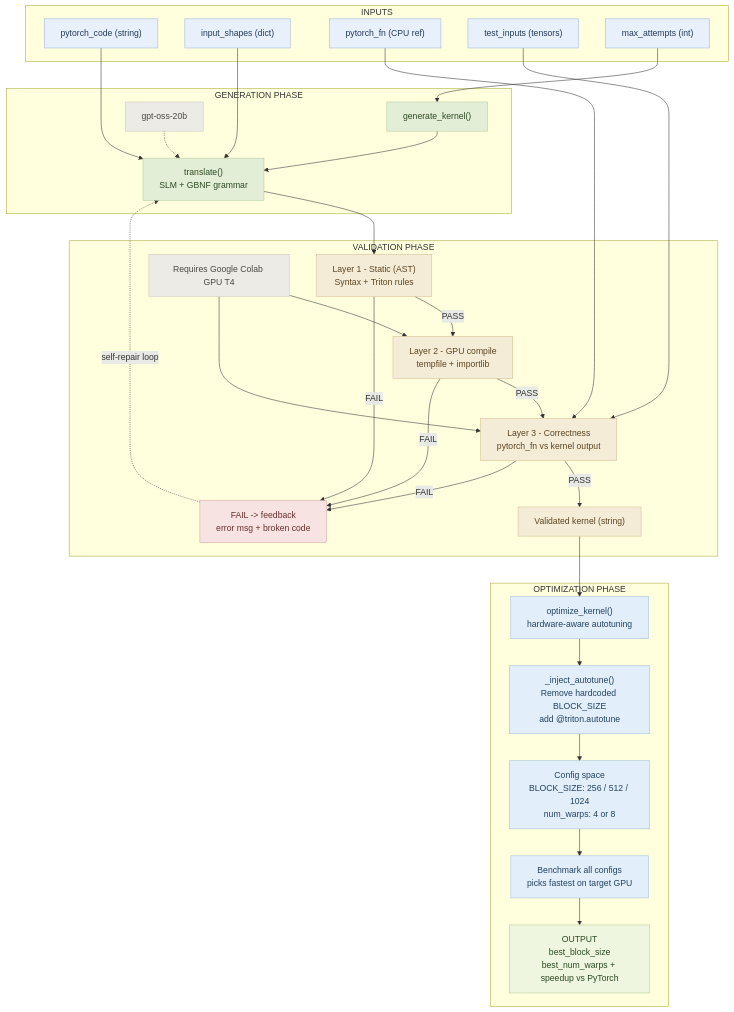
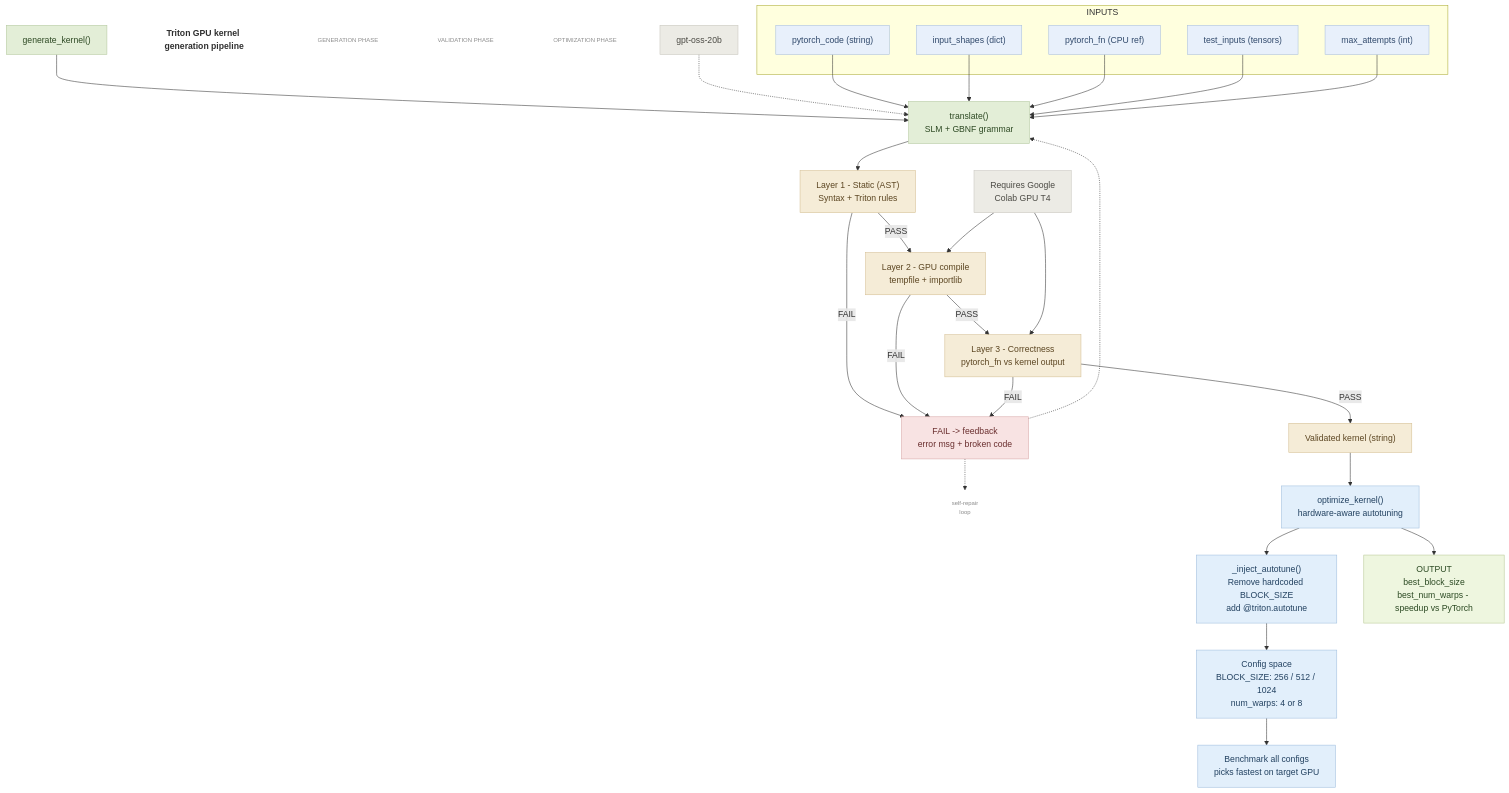
One commit to casrhub/llm-gpu-kernel-generation changed the diagram in README.md. Above: the diagram before and after it, drawn with Mermaid.

Commit message:
docs: align Mermaid connections with reference pipeline

````diff
--- a/README.md
+++ b/README.md
@@ -62,5 +62,7 @@
 ```mermaid
 graph TD
+  TITLE["Triton GPU kernel generation pipeline"]
+
   subgraph IN[INPUTS]
     I1["pytorch_code (string)"]
     I2["input_shapes (dict)"]
@@ -69,58 +71,66 @@
     I5["max_attempts (int)"]
   end
 
-  subgraph GP[GENERATION PHASE]
-    GK["generate_kernel()"]
-    M["gpt-oss-20b"]
-    T["translate()<br/>SLM + GBNF grammar"]
-  end
+  GPH["GENERATION PHASE"]
+  VPH["VALIDATION PHASE"]
+  OPH["OPTIMIZATION PHASE"]
 
-  subgraph VP[VALIDATION PHASE]
-    L1["Layer 1 - Static (AST)<br/>Syntax + Triton rules"]
-    L2["Layer 2 - GPU compile<br/>tempfile + importlib"]
-    L3["Layer 3 - Correctness<br/>pytorch_fn vs kernel output"]
-    VK["Validated kernel (string)"]
-    FB["FAIL -> feedback<br/>error msg + broken code"]
-    GPU["Requires Google Colab GPU T4"]
-  end
+  GK["generate_kernel()"]
+  M["gpt-oss-20b"]
+  T["translate()<br/>SLM + GBNF grammar"]
 
-  subgraph OP[OPTIMIZATION PHASE]
-    OK["optimize_kernel()<br/>hardware-aware autotuning"]
-    INJ["_inject_autotune()<br/>Remove hardcoded BLOCK_SIZE<br/>add @triton.autotune"]
-    CFG["Config space<br/>BLOCK_SIZE: 256 / 512 / 1024<br/>num_warps: 4 or 8"]
-    BM["Benchmark all configs<br/>picks fastest on target GPU"]
-    OUT["OUTPUT<br/>best_block_size<br/>best_num_warps + speedup vs PyTorch"]
-  end
+  L1["Layer 1 - Static (AST)<br/>Syntax + Triton rules"]
+  L2["Layer 2 - GPU compile<br/>tempfile + importlib"]
+  L3["Layer 3 - Correctness<br/>pytorch_fn vs kernel output"]
+  VK["Validated kernel (string)"]
 
-  I1 --> T
-  I2 --> T
-  I3 --> L3
-  I4 --> L3
-  I5 --> GK
+  FB["FAIL -> feedback<br/>error msg + broken code"]
+  SR["self-repair<br/>loop"]
+  GPU["Requires Google<br/>Colab GPU T4"]
 
+  OK["optimize_kernel()<br/>hardware-aware autotuning"]
+  INJ["_inject_autotune()<br/>Remove hardcoded BLOCK_SIZE<br/>add @triton.autotune"]
+  CFG["Config space<br/>BLOCK_SIZE: 256 / 512 / 1024<br/>num_warps: 4 or 8"]
+  BM["Benchmark all configs<br/>picks fastest on target GPU"]
+  OUT["OUTPUT<br/>best_block_size<br/>best_num_warps - speedup vs PyTorch"]
+
+  %% Main flow (same as reference)
   GK --> T
   M -.-> T
-
   T --> L1
   L1 -->|PASS| L2
   L2 -->|PASS| L3
   L3 -->|PASS| VK
+  VK --> OK
+  OK --> OUT
 
+  %% Inputs merged into translate path (same visual intent)
+  I1 --> T
+  I2 --> T
+  I3 --> T
+  I4 --> T
+  I5 --> T
+
+  %% Fail feedback loop
   L1 -->|FAIL| FB
   L2 -->|FAIL| FB
   L3 -->|FAIL| FB
-  FB -. self-repair loop .-> T
+  FB -.-> T
+  FB -.-> SR
 
+  %% GPU dependency for validation layers
   GPU --> L2
   GPU --> L3
 
-  VK --> OK
+  %% Optimization side branch
   OK --> INJ
   INJ --> CFG
   CFG --> BM
-  BM --> OUT
 
-  classDef input fill:#e8f0fb,stroke:#9fb4d6,color:#243b5a
+  %% Styling
+  classDef title fill:transparent,stroke:transparent,color:#2f2f2f,font-weight:bold
+  classDef phase fill:transparent,stroke:transparent,color:#8a8a8a,font-size:11px
+  classDef input fill:#e8f0fb,stroke:#a9bfdc,color:#314a6c
   classDef gen fill:#e3eed7,stroke:#b4c89f,color:#2e4a24
   classDef val fill:#f5ecd7,stroke:#d4be92,color:#5c4622
   classDef fail fill:#f8e3e3,stroke:#d6a5a5,color:#6a2f2f
@@ -128,6 +138,8 @@
   classDef out fill:#eef6df,stroke:#b7c895,color:#2c4a23
   classDef side fill:#ecebe5,stroke:#c8c6be,color:#4b4a44
 
+  class TITLE title
+  class GPH,VPH,OPH,SR phase
   class I1,I2,I3,I4,I5 input
   class GK,T gen
   class L1,L2,L3,VK val
````
